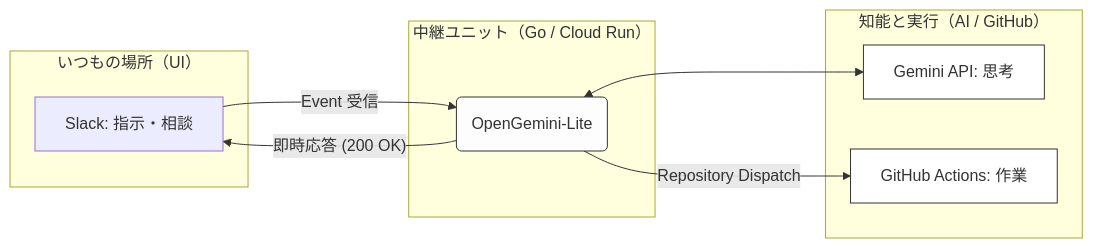
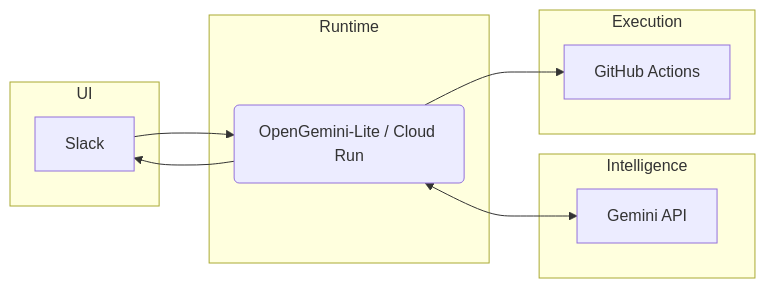
Before and after one commit to conti0513/development_public: the first of 5 diagrams in README.md, drawn with Mermaid. The commit also changed other lines of this file, not shown here.

````diff
--- a/README.md
+++ b/README.md
@@ -39,25 +80,23 @@
 ```mermaid
 graph LR
-    subgraph "いつもの場所（UI）"
-        A[Slack: 指示・相談]
+    subgraph UI
+        A[Slack]
     end
     
-    subgraph "中継ユニット（Go / Cloud Run）"
-        B(OpenGemini-Lite)
+    subgraph Runtime
+        B(OpenGemini-Lite / Cloud Run)
     end
     
-    subgraph "知能と実行（AI / GitHub）"
-        C[Gemini API: 思考]
-        D[GitHub Actions: 作業]
+    subgraph Intelligence
+        C[Gemini API]
+    end
+    
+    subgraph Execution
+        D[GitHub Actions]
     end
 
-    A -- "Event 受信" --> B
-    B -- "即時応答 (200 OK)" --> A
+    A --> B
+    B --> A
     B <--> C
-    B -- "Repository Dispatch" --> D
-    
-    style B fill:#fdfdfd,stroke:#333
-    style C fill:#fff,stroke:#333
-    style D fill:#fff,stroke:#333
-
+    B --> D
 ```
````
